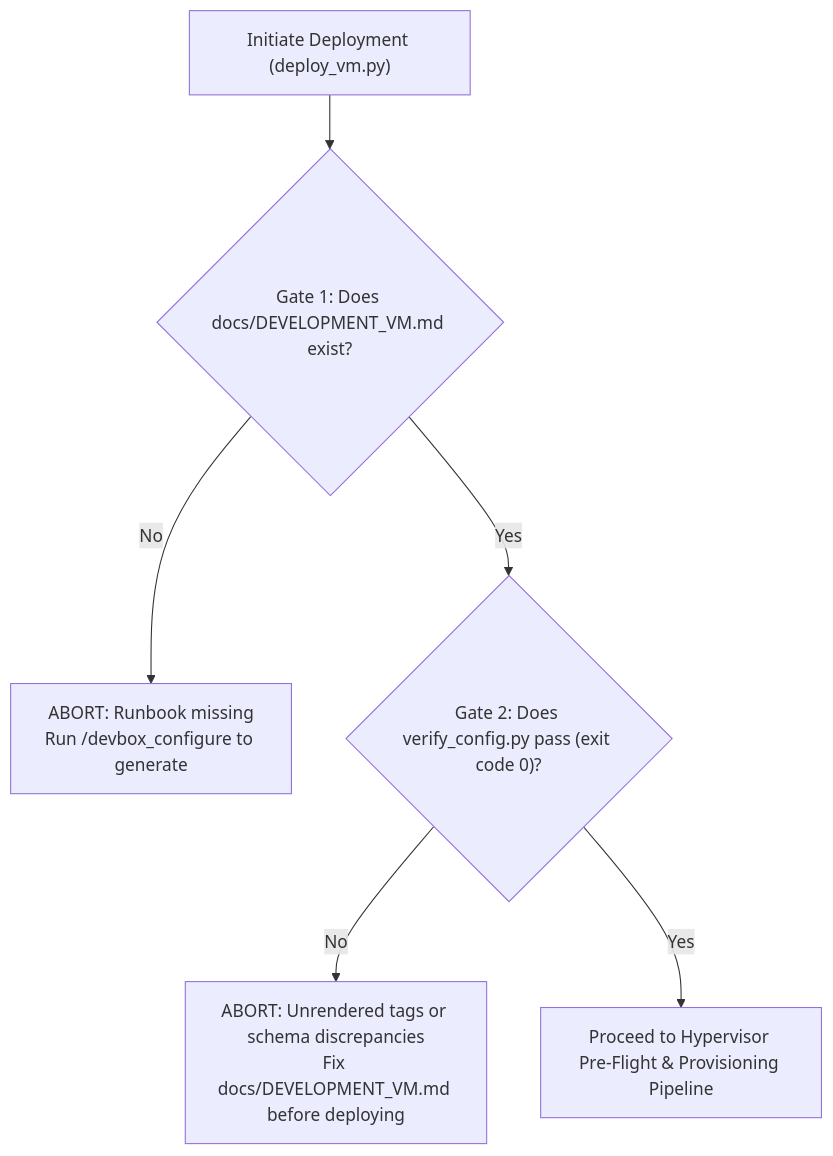
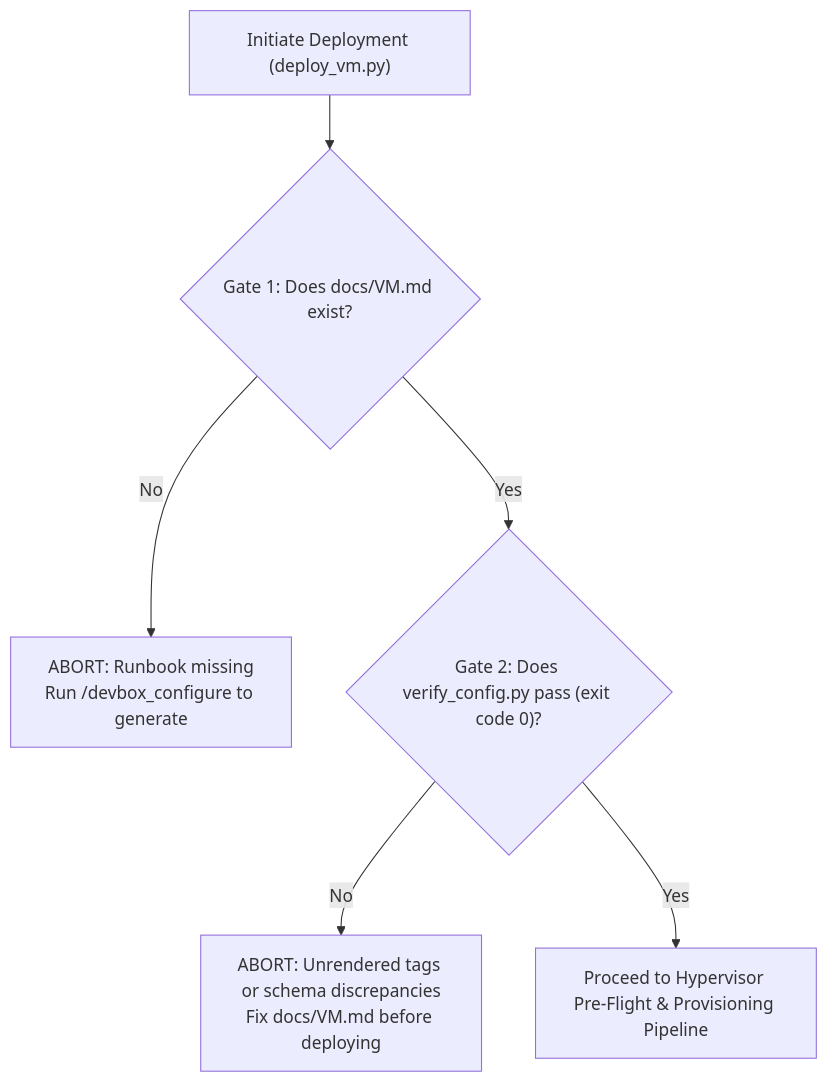
The diagram in .agents/skills/devbox_deploy/SKILL.md (simplybarter/AirlockVM), drawn with Mermaid before and after one commit. The commit also changed other lines of this file and 21 other files, not shown here.

````diff
--- a/.agents/skills/devbox_deploy/SKILL.md
+++ b/.agents/skills/devbox_deploy/SKILL.md
@@ -33,8 +33,8 @@
 ```mermaid
 flowchart TD
-    Start["Initiate Deployment (deploy_vm.py)"] --> Gate1{"Gate 1: Does docs/DEVELOPMENT_VM.md exist?"}
+    Start["Initiate Deployment (deploy_vm.py)"] --> Gate1{"Gate 1: Does docs/VM.md exist?"}
     Gate1 -- No --> Abort1["ABORT: Runbook missing<br/>Run /devbox_configure to generate"]
     Gate1 -- Yes --> Gate2{"Gate 2: Does verify_config.py pass (exit code 0)?"}
-    Gate2 -- No --> Abort2["ABORT: Unrendered tags or schema discrepancies<br/>Fix docs/DEVELOPMENT_VM.md before deploying"]
+    Gate2 -- No --> Abort2["ABORT: Unrendered tags or schema discrepancies<br/>Fix docs/VM.md before deploying"]
     Gate2 -- Yes --> Deploy["Proceed to Hypervisor Pre-Flight & Provisioning Pipeline"]
 ```
````
